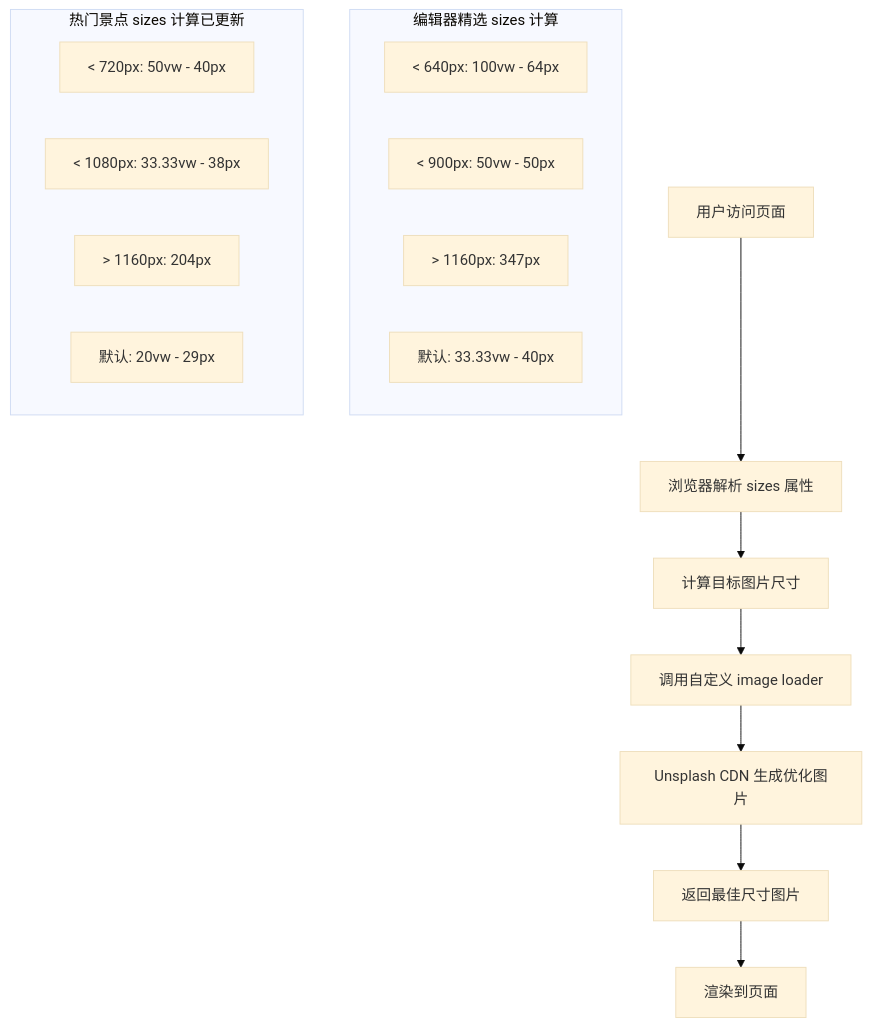
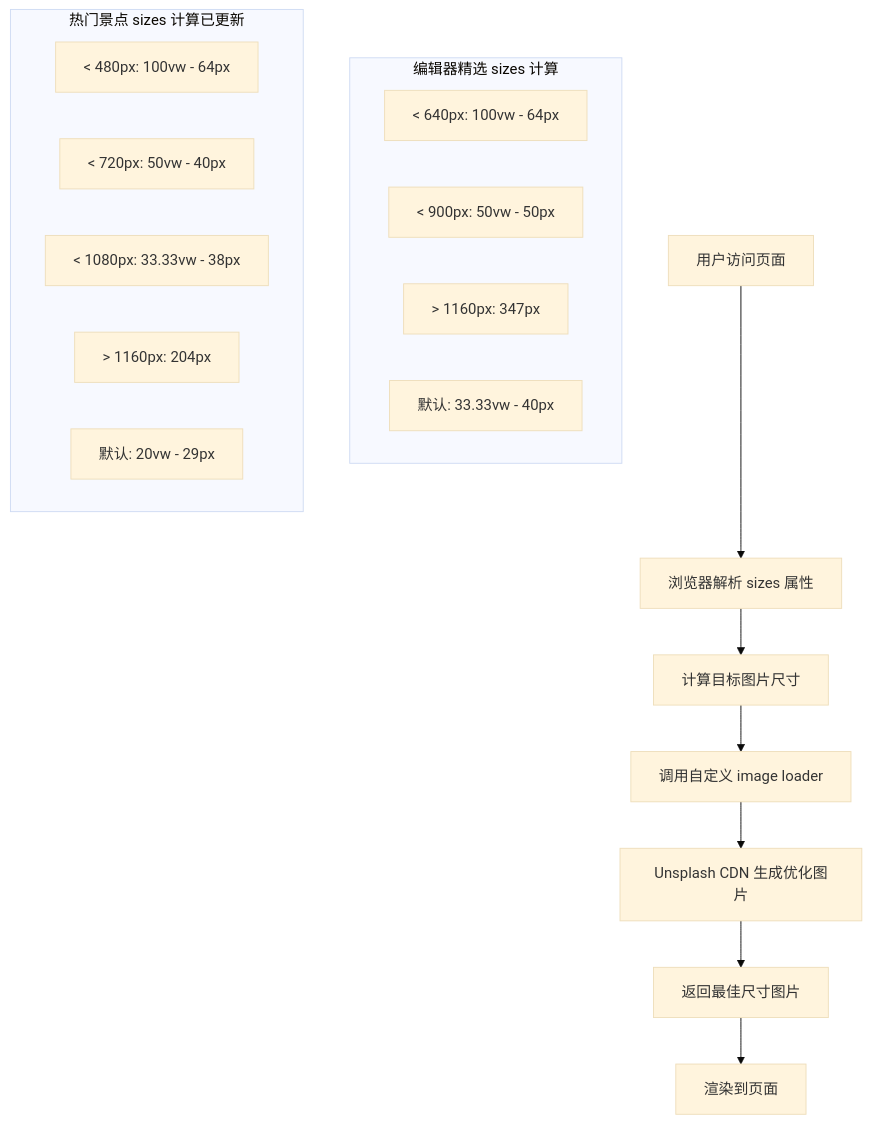
Before and after one commit to luyitiger6/my-first-project: the eighth of 15 diagrams in .qoder/repowiki/zh/content/规格驱动开发/WanderChain 首页规格文档/WanderChain 首页规格文档.md, drawn with Mermaid (base theme). The commit also changed other lines of this file and 33 other files, not shown here.

````diff
--- a/.qoder/repowiki/zh/content/规格驱动开发/WanderChain 首页规格文档/WanderChain 首页规格文档.md
+++ b/.qoder/repowiki/zh/content/规格驱动开发/WanderChain 首页规格文档/WanderChain 首页规格文档.md
@@ -369,21 +396,22 @@
 ```mermaid
 flowchart TD
 User["用户访问页面"] --> Browser["浏览器解析 sizes 属性"]
 Browser --> Calc["计算目标图片尺寸"]
 Calc --> Loader["调用自定义 image loader"]
 Loader --> Unsplash["Unsplash CDN 生成优化图片"]
 Unsplash --> Response["返回最佳尺寸图片"]
 Response --> Display["渲染到页面"]
 subgraph "编辑器精选 sizes 计算"
 EP1["< 640px: 100vw - 64px"]
 EP2["< 900px: 50vw - 50px"]
 EP3["> 1160px: 347px"]
 EP4["默认: 33.33vw - 40px"]
 end
 subgraph "热门景点 sizes 计算已更新"
-HA1["< 720px: 50vw - 40px"]
-HA2["< 1080px: 33.33vw - 38px"]
-HA3["> 1160px: 204px"]
-HA4["默认: 20vw - 29px"]
+HA1["< 480px: 100vw - 64px"]
+HA2["< 720px: 50vw - 40px"]
+HA3["< 1080px: 33.33vw - 38px"]
+HA4["> 1160px: 204px"]
+HA5["默认: 20vw - 29px"]
 end
 ```
````
